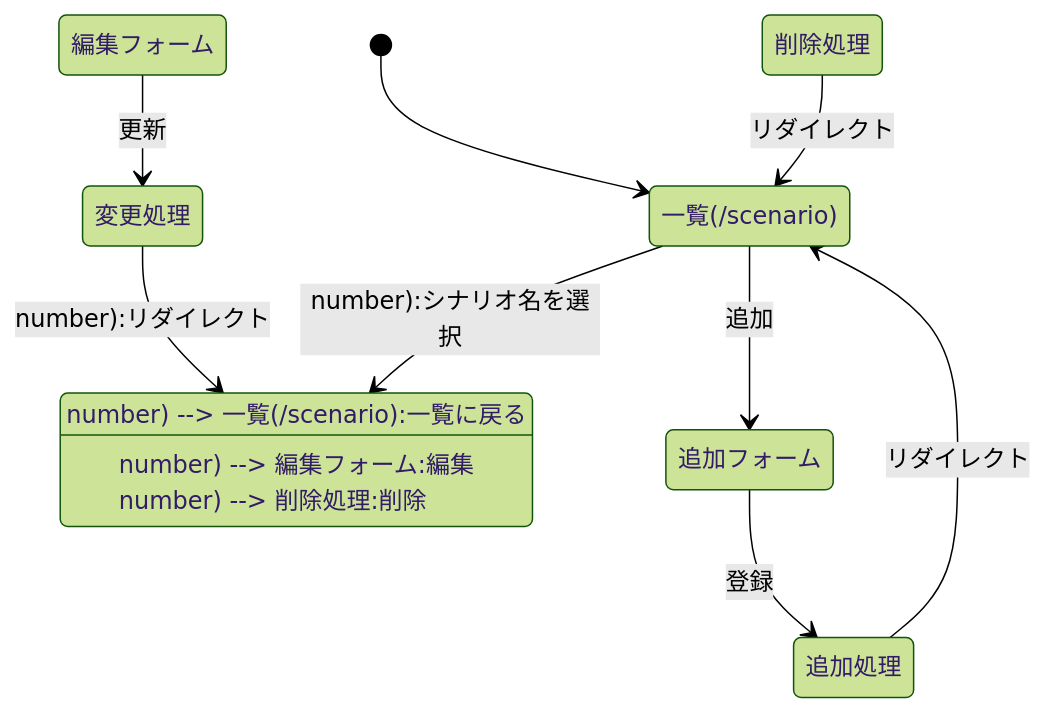
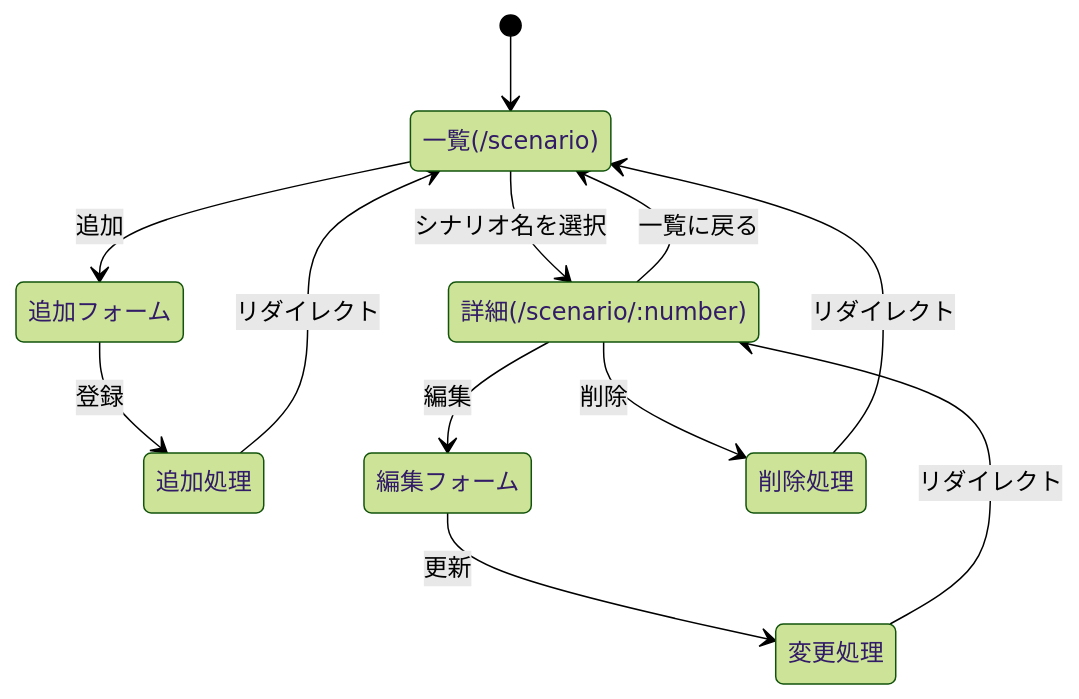
The second of 3 diagrams in report_plan.md (YAS-1219/webpro_06), drawn with Mermaid (forest theme) before and after one commit. The commit also changed other lines of this file, not shown here.

First line of the commit message:
report_plan.mdのページ遷移図が崩れるのを修正

````diff
--- a/report_plan.md
+++ b/report_plan.md
@@ -60,14 +62,16 @@
 ```mermaid
 stateDiagram-v2
-[*] --> 一覧(/scenario)
-一覧(/scenario) --> 詳細(/scenario/:number):シナリオ名を選択
-詳細(/scenario/:number) --> 一覧(/scenario):一覧に戻る
-一覧(/scenario) --> 追加フォーム:追加
+state "一覧(/scenario)" as list
+state "詳細(/scenario/#58;number)" as detail
+[*] --> list
+list --> detail:シナリオ名を選択
+detail --> list:一覧に戻る
+list --> 追加フォーム:追加
 追加フォーム --> 追加処理:登録
-追加処理 --> 一覧(/scenario):リダイレクト
-詳細(/scenario/:number) --> 編集フォーム:編集
+追加処理 --> list:リダイレクト
+detail --> 編集フォーム:編集
 編集フォーム --> 変更処理:更新
-変更処理 --> 詳細(/scenario/:number):リダイレクト
-詳細(/scenario/:number) --> 削除処理:削除
-削除処理 --> 一覧(/scenario):リダイレクト
+変更処理 --> detail:リダイレクト
+detail --> 削除処理:削除
+削除処理 --> list:リダイレクト
 ```
````
